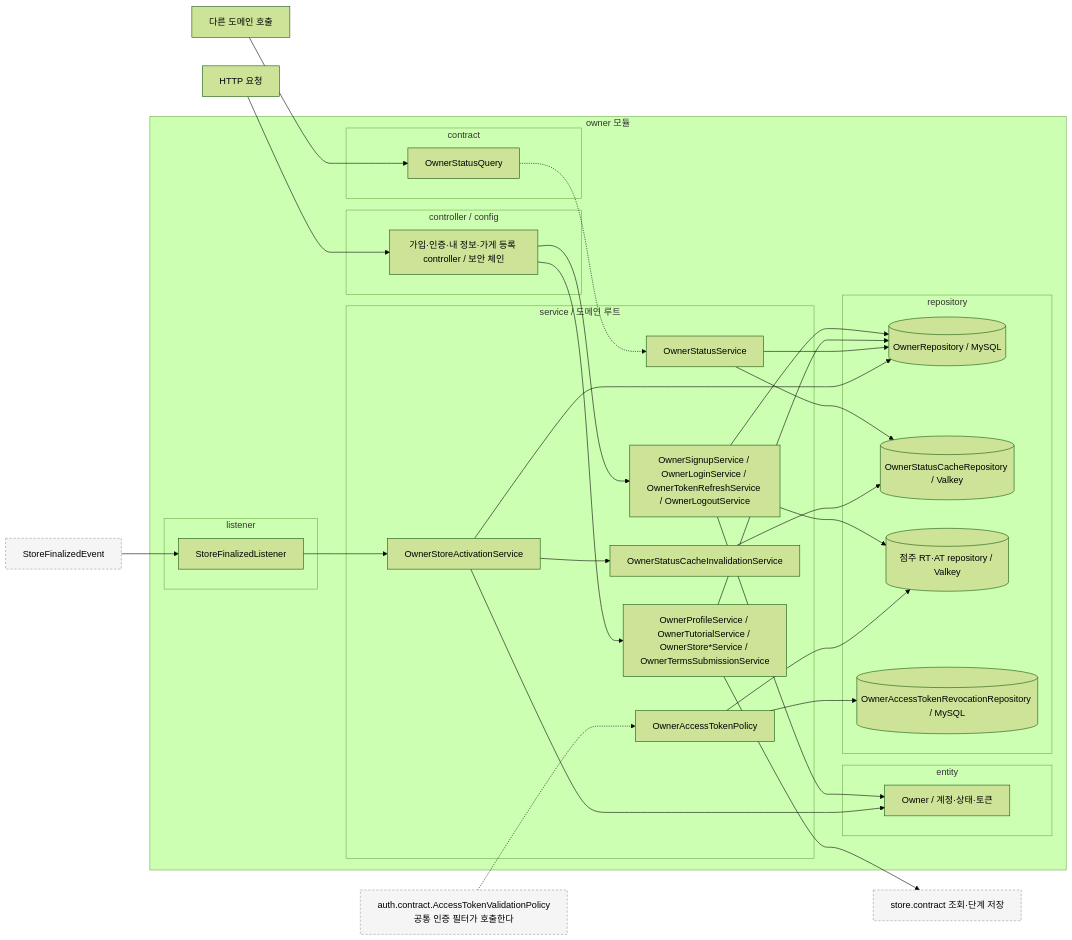
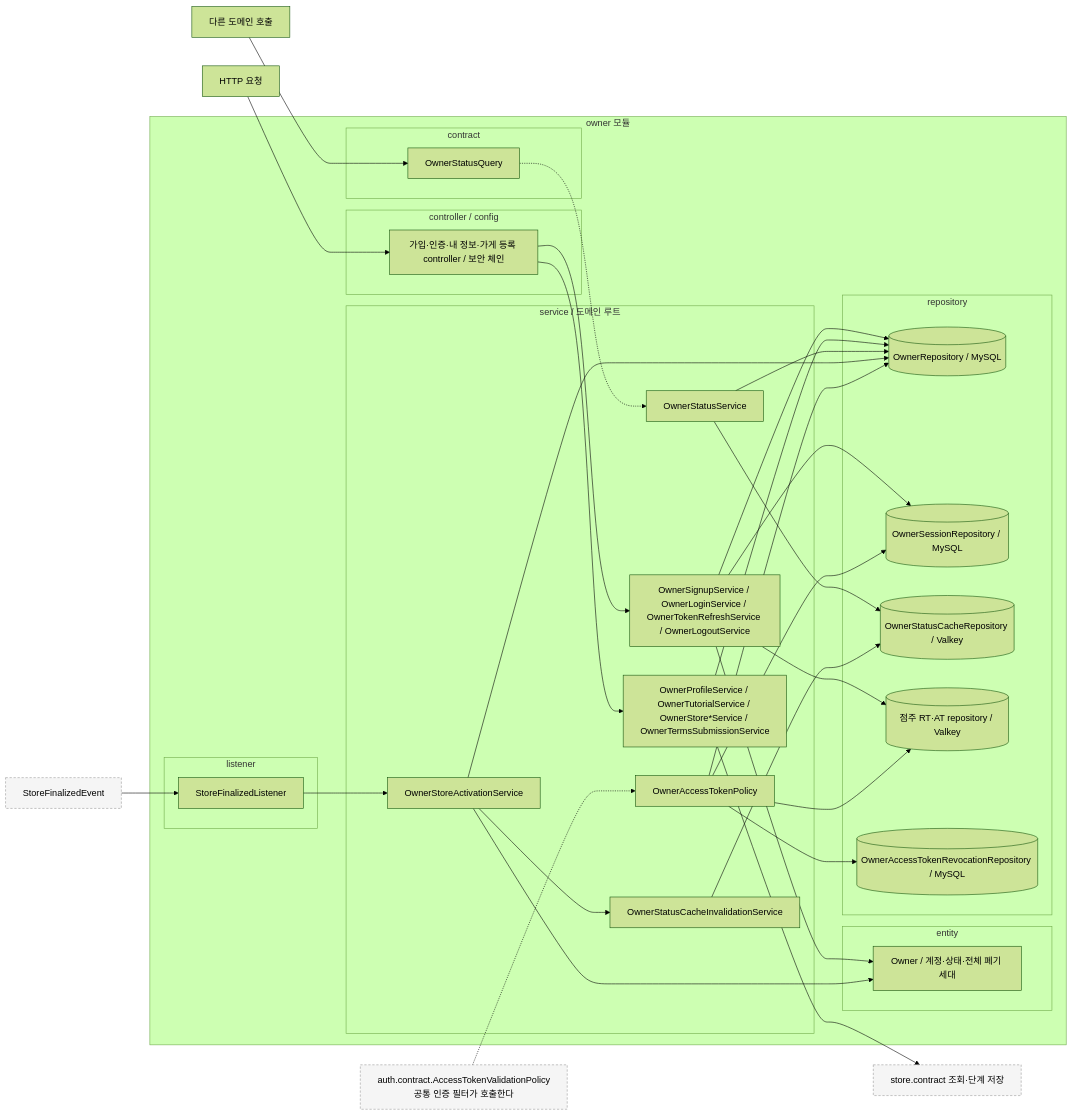
The first of 3 diagrams in docs/design/owner/owner_구조와_동작_설계.md (lunch-catch/lc-backend), drawn with Mermaid (forest theme) before and after one commit. The commit also changed other lines of this file and 29 other files, not shown here.

````diff
--- a/docs/design/owner/owner_구조와_동작_설계.md
+++ b/docs/design/owner/owner_구조와_동작_설계.md
@@ -157,54 +163,58 @@
 ```mermaid
 flowchart LR
     HTTP[HTTP 요청] --> C
     CALL[다른 도메인 호출] --> CT
     EVENT[StoreFinalizedEvent] --> L
     subgraph owner[owner 모듈]
         subgraph ctl[controller / config]
             C[가입·인증·내 정보·가게 등록 controller / 보안 체인]
         end
         subgraph contract[contract]
             CT[OwnerStatusQuery]
         end
         subgraph listener[listener]
             L[StoreFinalizedListener]
         end
         subgraph svc[service / 도메인 루트]
             S[OwnerSignupService / OwnerLoginService / OwnerTokenRefreshService / OwnerLogoutService]
             O[OwnerProfileService / OwnerTutorialService / OwnerStore*Service / OwnerTermsSubmissionService]
             Q[OwnerStatusService]
             A[OwnerStoreActivationService]
             INV[OwnerStatusCacheInvalidationService]
             P[OwnerAccessTokenPolicy]
         end
         subgraph ent[entity]
-            ENTITY[Owner / 계정·상태·토큰]
+            ENTITY[Owner / 계정·상태·전체 폐기 세대]
         end
         subgraph repo[repository]
             DB[(OwnerRepository / MySQL)]
+            SESSION[(OwnerSessionRepository / MySQL)]
             CACHE[(OwnerStatusCacheRepository / Valkey)]
             TOKENS[(점주 RT·AT repository / Valkey)]
             REV[(OwnerAccessTokenRevocationRepository / MySQL)]
         end
         C --> S
         C --> O
         S --> DB
         S --> ENTITY
         S --> TOKENS
+        S --> SESSION
         O --> DB
         CT -.-> Q
         Q --> DB
         Q --> CACHE
         L --> A
         A --> DB
         A --> ENTITY
         A --> INV
         INV --> CACHE
         P --> REV
+        P --> SESSION
+        P --> DB
         P --> TOKENS
     end
     POLICY["auth.contract.AccessTokenValidationPolicy<br/>공통 인증 필터가 호출한다"] -.-> P
     O --> ST[store.contract 조회·단계 저장]
     classDef external fill:#f5f5f5,stroke:#999,stroke-dasharray:4 3
     class POLICY,ST,EVENT external
 ```
````
